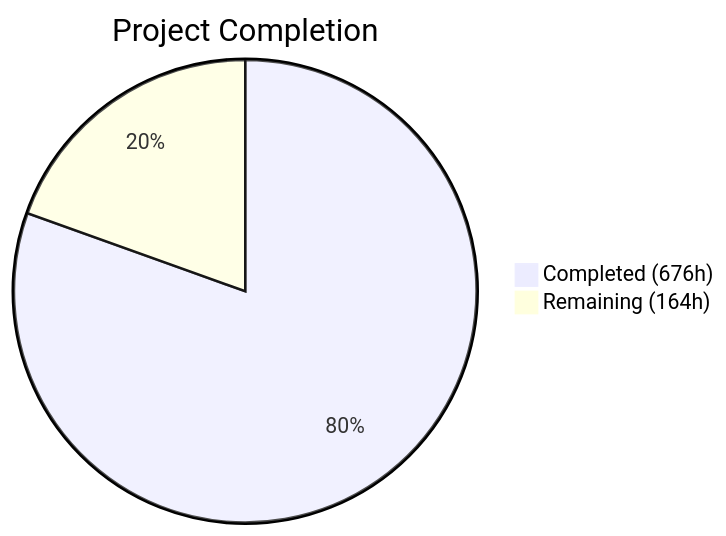
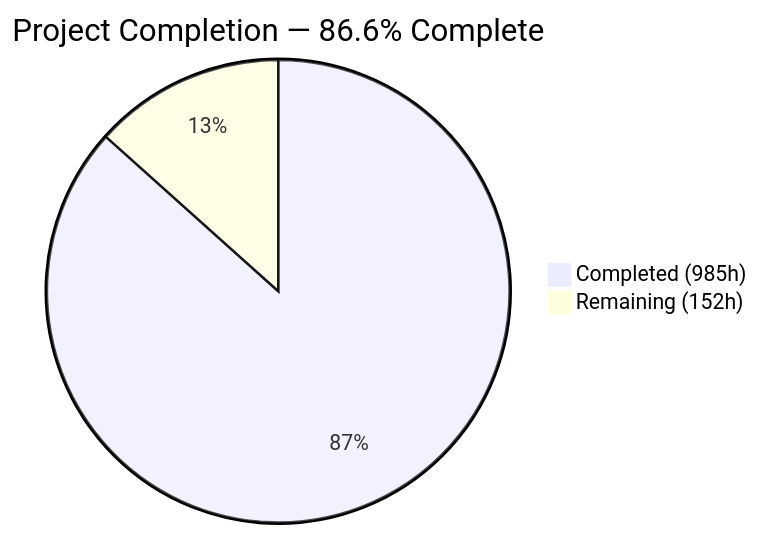
Before and after one commit to Blitzy-Sandbox/blitzy-exim: the first of 3 diagrams in blitzy/documentation/Project Guide.md, drawn with Mermaid. The commit also changed other lines of this file, not shown here.

Commit message:
Adding Blitzy Project Guide: Project Status and Human Tasks Remaining

````diff
--- a/blitzy/documentation/Project Guide.md
+++ b/blitzy/documentation/Project Guide.md
@@ -13,5 +13,5 @@
 ```mermaid
-pie title Project Completion
-    "Completed (676h)" : 676
-    "Remaining (164h)" : 164
+pie title Project Completion — 86.6% Complete
+    "Completed (985h)" : 985
+    "Remaining (152h)" : 152
 ```
````
